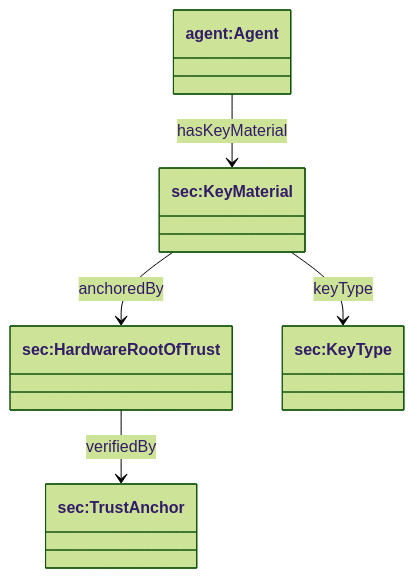
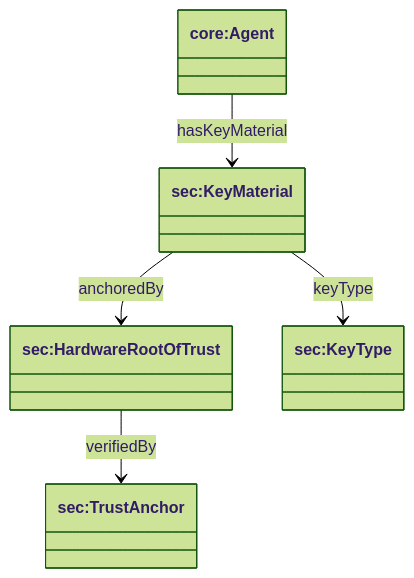
One commit to RichCanvas3/agent-ontology changed the first of 2 diagrams in docs/security-binding.md. Above: the diagram before and after it, drawn with Mermaid (forest theme). The commit also changed other lines of this file and 30 other files, not shown here.

````diff
--- a/docs/security-binding.md
+++ b/docs/security-binding.md
@@ -33,13 +29,13 @@
 ```mermaid
 classDiagram
-  class agent["agent:Agent"]
+  class agent["core:Agent"]
   class key["sec:KeyMaterial"]
   class hw["sec:HardwareRootOfTrust"]
   class ta["sec:TrustAnchor"]
   class kt["sec:KeyType"]
 
   agent --> key : hasKeyMaterial
   key --> kt : keyType
   key --> hw : anchoredBy
   hw --> ta : verifiedBy
 ```
````
